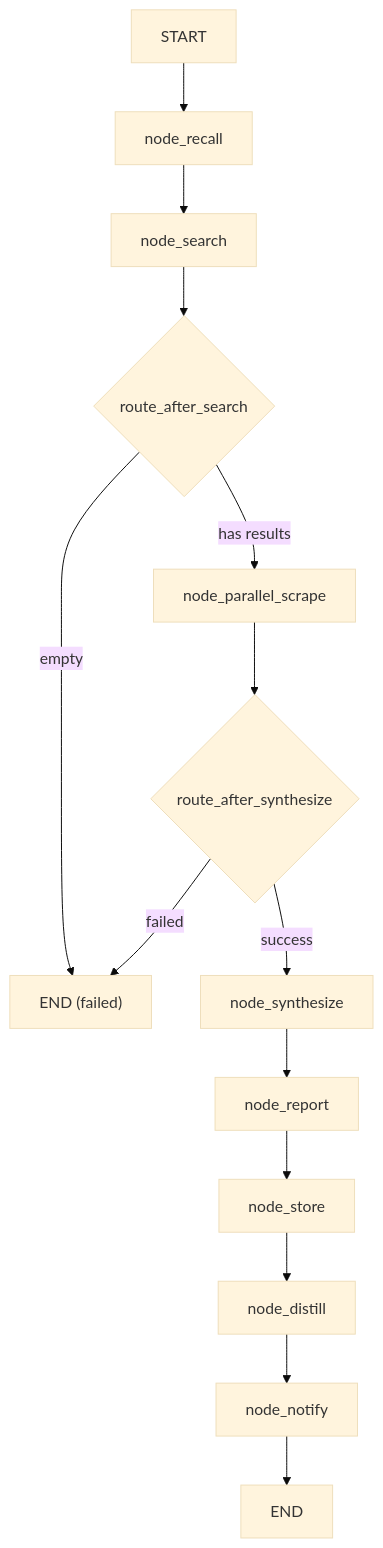
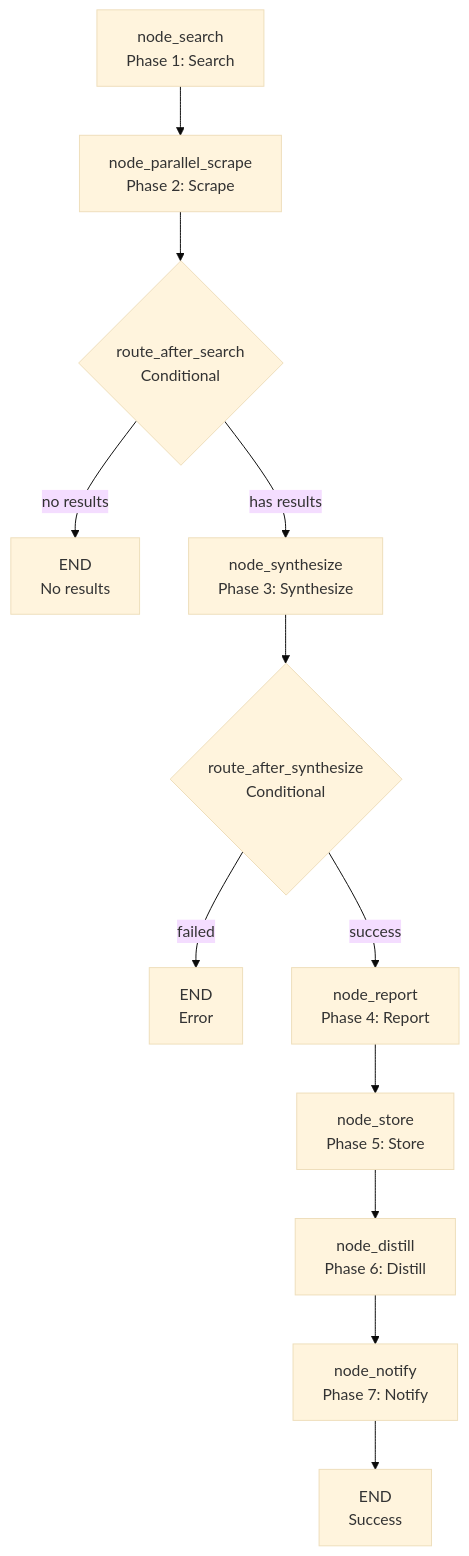
Before and after one commit to brunogcar/agent: the diagram in docs/workflows/RESEARCH.md, drawn with Mermaid (base theme). The commit also changed other lines of this file and 6 other files, not shown here.

````diff
--- a/docs/workflows/RESEARCH.md
+++ b/docs/workflows/RESEARCH.md
@@ -63,16 +51,14 @@
 ```mermaid
 graph TD
- A["START"] --> B["node_recall"]
- B --> C["node_search"]
- C --> D{"route_after_search"}
- D -->|has results| E["node_parallel_scrape"]
- D -->|empty| F["END (failed)"]
- E --> G{"route_after_synthesize"}
- G -->|success| H["node_synthesize"]
- G -->|failed| F
- H --> I["node_report"]
- I --> J["node_store"]
- J --> K["node_distill"]
- K --> L["node_notify"]
- L --> M["END"]
+    A["node_search<br/>Phase 1: Search"] --> B["node_parallel_scrape<br/>Phase 2: Scrape"]
+    B --> C{"route_after_search<br/>Conditional"}
+    C -->|no results| D["END<br/>No results"]
+    C -->|has results| E["node_synthesize<br/>Phase 3: Synthesize"]
+    E --> F{"route_after_synthesize<br/>Conditional"}
+    F -->|failed| G["END<br/>Error"]
+    F -->|success| H["node_report<br/>Phase 4: Report"]
+    H --> I["node_store<br/>Phase 5: Store"]
+    I --> J["node_distill<br/>Phase 6: Distill"]
+    J --> K["node_notify<br/>Phase 7: Notify"]
+    K --> L["END<br/>Success"]
 ```
````
